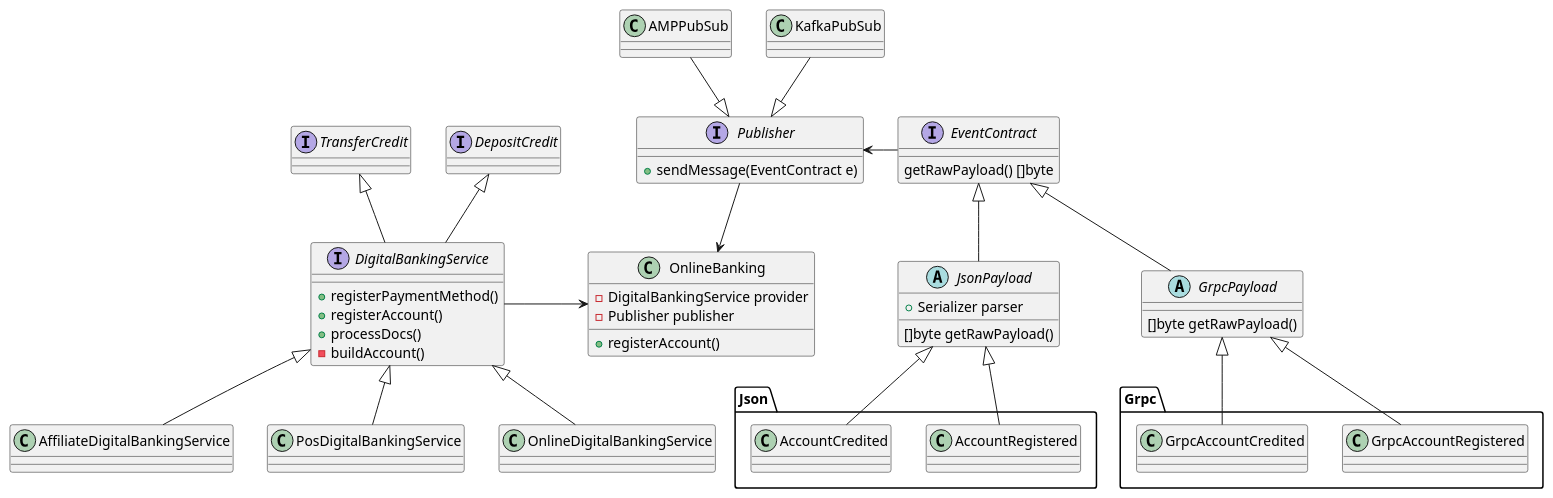
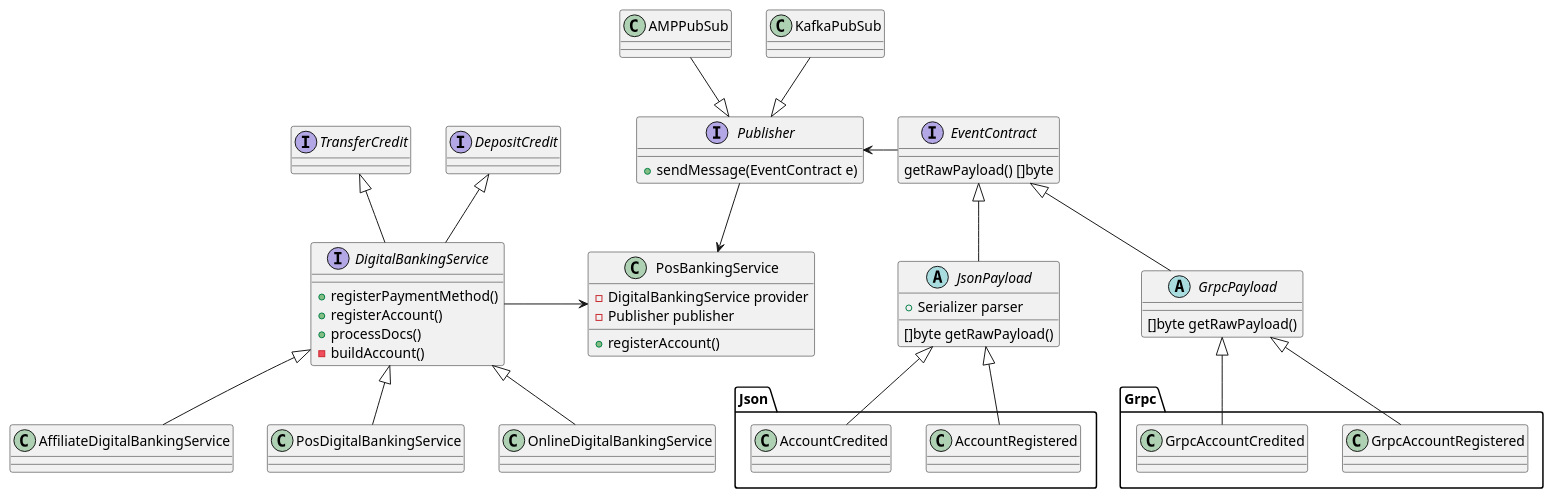
One commit to weburnit/oop-java changed the diagram in src/main/java/mck/Banking.puml. Above: the diagram before and after it, drawn with PlantUML. The commit also changed 2 other files, not shown here.

Commit message:
[master] Banking

```diff
--- a/src/main/java/mck/Banking.puml
+++ b/src/main/java/mck/Banking.puml
@@ -1,66 +1,66 @@
 @startuml
 interface DigitalBankingService {
 + registerPaymentMethod()
 + registerAccount()
 + processDocs()
 - buildAccount()
 }
 
 class PosDigitalBankingService {}
 
 class OnlineDigitalBankingService {}
 
 class AffiliateDigitalBankingService {}
 
 DigitalBankingService <|-- PosDigitalBankingService
 DigitalBankingService <|-- OnlineDigitalBankingService
 DigitalBankingService <|-- AffiliateDigitalBankingService
 
 interface Publisher {
     + sendMessage(EventContract e)
 }
 
 interface EventContract {
     getRawPayload() []byte
 }
 
 EventContract -left-> Publisher
 
 abstract class JsonPayload {
     + Serializer parser
     []byte getRawPayload() 
 }
 
 EventContract <|-- JsonPayload
 
 package Json {
     JsonPayload <|-- AccountRegistered
     JsonPayload <|-- AccountCredited
 }
 
 abstract class GrpcPayload {
     []byte getRawPayload()
 }
 EventContract <|-- GrpcPayload
 
 package Grpc {
    GrpcPayload <|-- GrpcAccountRegistered
    GrpcPayload <|-- GrpcAccountCredited
 }
 Publisher <|-up- KafkaPubSub
 Publisher <|-up- AMPPubSub
 
-class OnlineBanking {
+class PosBankingService {
    - DigitalBankingService provider
    - Publisher publisher
    + registerAccount()
 }
 
-Publisher -down-> OnlineBanking
-DigitalBankingService -right-> OnlineBanking
+Publisher -down-> PosBankingService
+DigitalBankingService -right-> PosBankingService
 
 interface TransferCredit
 interface DepositCredit
 TransferCredit <|-- DigitalBankingService
 DepositCredit <|-- DigitalBankingService
 @enduml
```
